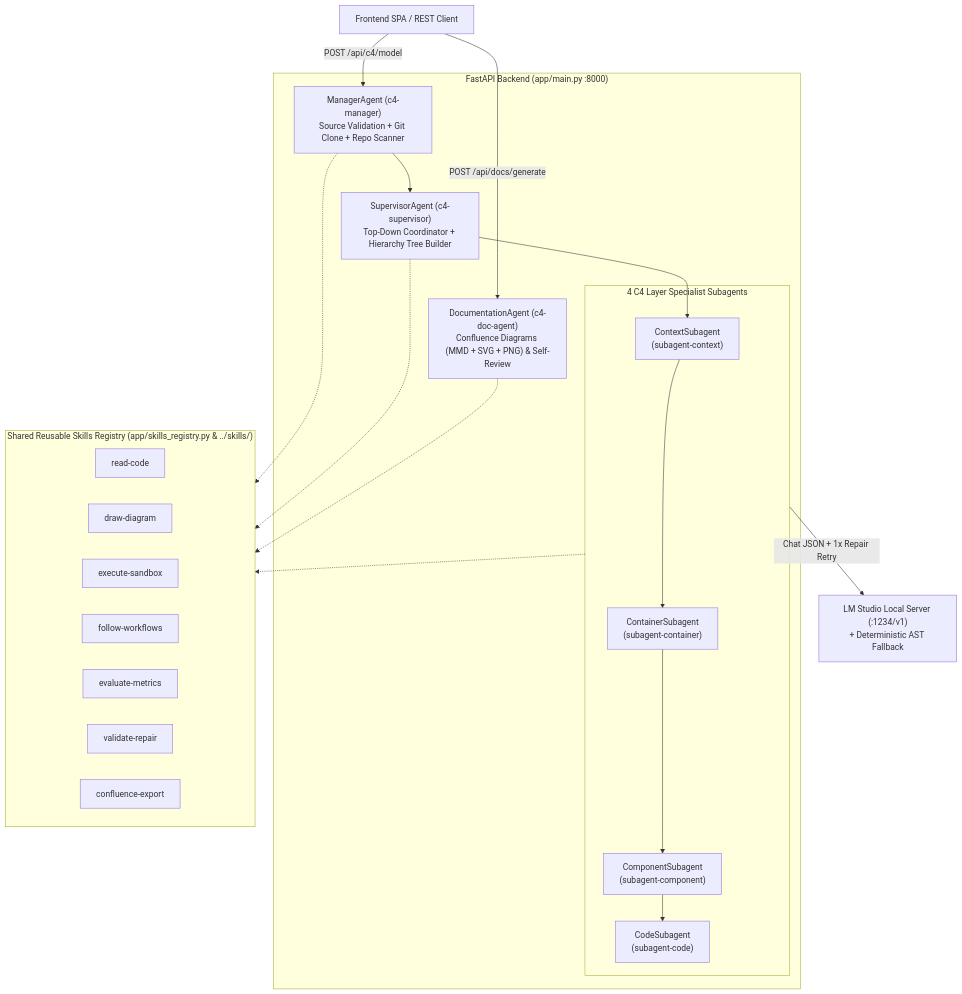
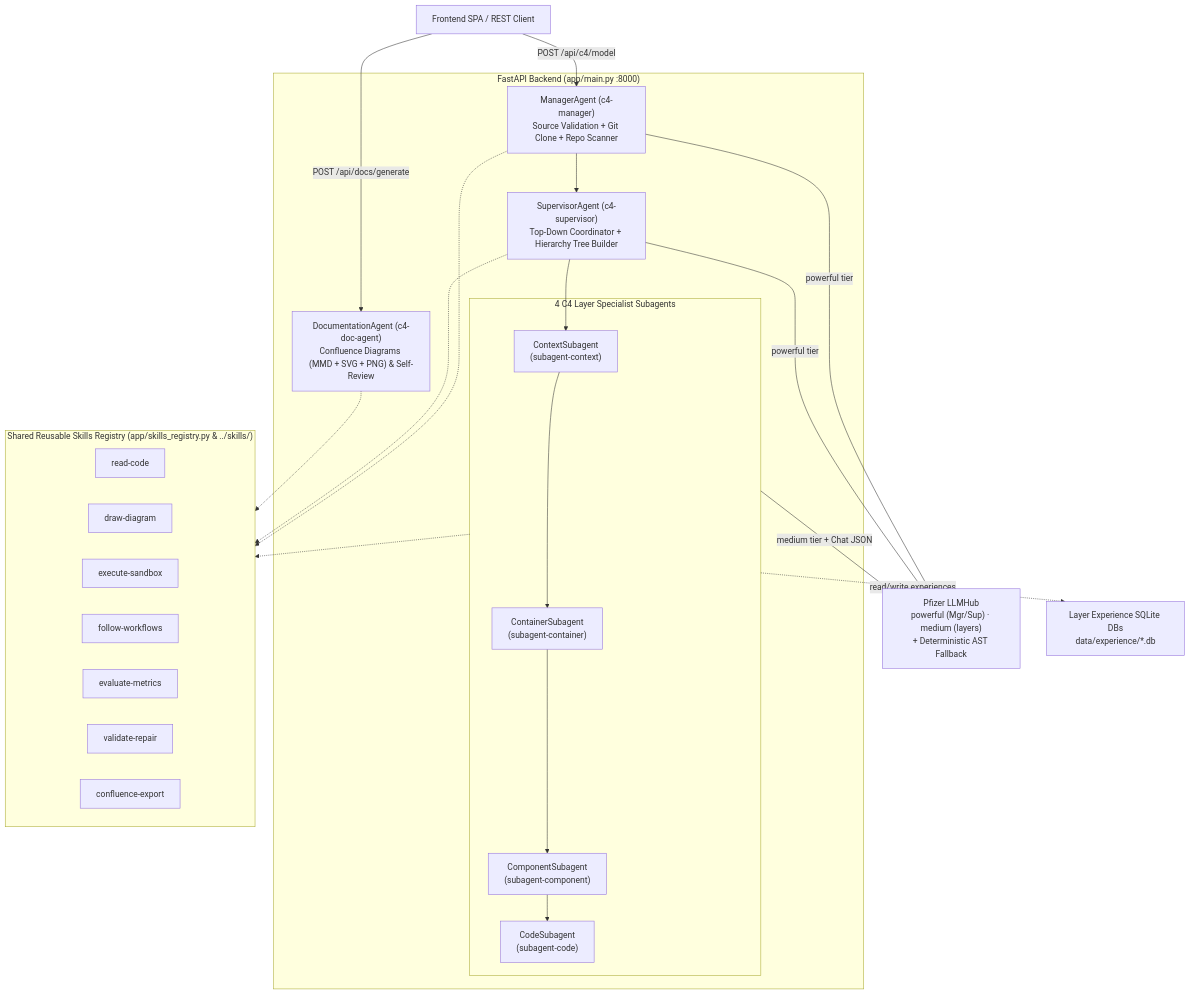
The first of 2 diagrams in backend/README.md (Akson-pfizer/c4-model-visualizer), drawn with Mermaid before and after one commit. The commit also changed other lines of this file and 21 other files, not shown here.

````diff
--- a/backend/README.md
+++ b/backend/README.md
@@ -31,37 +31,41 @@
 ```mermaid
 flowchart TB
     Client["Frontend SPA / REST Client"]
     subgraph API["FastAPI Backend (app/main.py :8000)"]
         Mgr["ManagerAgent (c4-manager)<br/>Source Validation + Git Clone + Repo Scanner"]
         Sup["SupervisorAgent (c4-supervisor)<br/>Top-Down Coordinator + Hierarchy Tree Builder"]
         subgraph Subagents["4 C4 Layer Specialist Subagents"]
             Ctx["ContextSubagent<br/>(subagent-context)"]
             Cnt["ContainerSubagent<br/>(subagent-container)"]
             Cmp["ComponentSubagent<br/>(subagent-component)"]
             Cod["CodeSubagent<br/>(subagent-code)"]
         end
         Doc["DocumentationAgent (c4-doc-agent)<br/>Confluence Diagrams (MMD + SVG + PNG) & Self-Review"]
     end
 
     subgraph Skills["Shared Reusable Skills Registry (app/skills_registry.py & ../skills/)"]
         S1["read-code"]
         S2["draw-diagram"]
         S3["execute-sandbox"]
         S4["follow-workflows"]
         S5["evaluate-metrics"]
         S6["validate-repair"]
         S7["confluence-export"]
     end
 
-    LMS["LM Studio Local Server (:1234/v1)<br/>+ Deterministic AST Fallback"]
+    Hub["Pfizer LLMHub<br/>powerful (Mgr/Sup) · medium (layers)<br/>+ Deterministic AST Fallback"]
+    ExpDB["Layer Experience SQLite DBs<br/>data/experience/*.db"]
 
     Client -->|POST /api/c4/model| Mgr
     Client -->|POST /api/docs/generate| Doc
     Mgr --> Sup
     Sup --> Ctx --> Cnt --> Cmp --> Cod
-    Subagents -->|Chat JSON + 1x Repair Retry| LMS
+    Mgr -->|powerful tier| Hub
+    Sup -->|powerful tier| Hub
+    Subagents -->|medium tier + Chat JSON| Hub
+    Subagents -.->|read/write experiences| ExpDB
     Mgr -.-> Skills
     Sup -.-> Skills
     Subagents -.-> Skills
     Doc -.-> Skills
 ```
````
